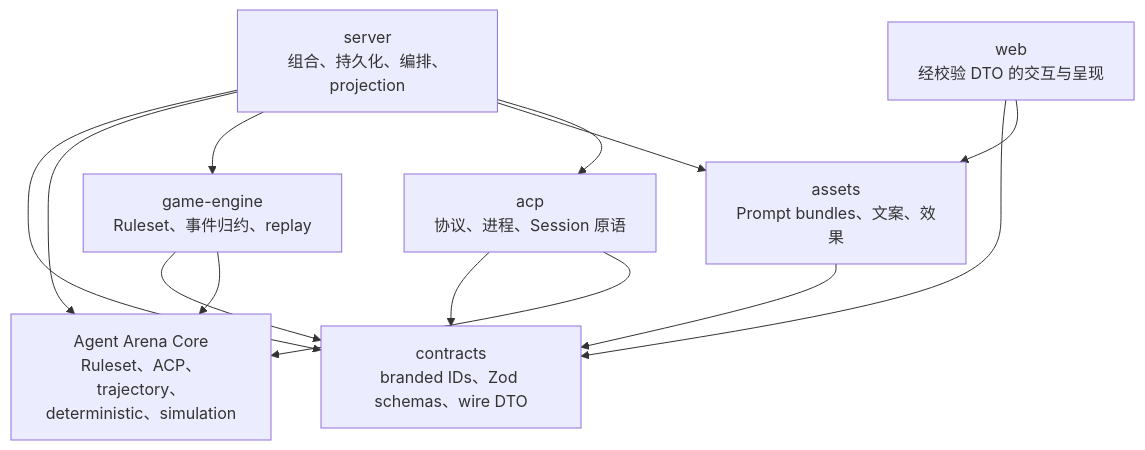
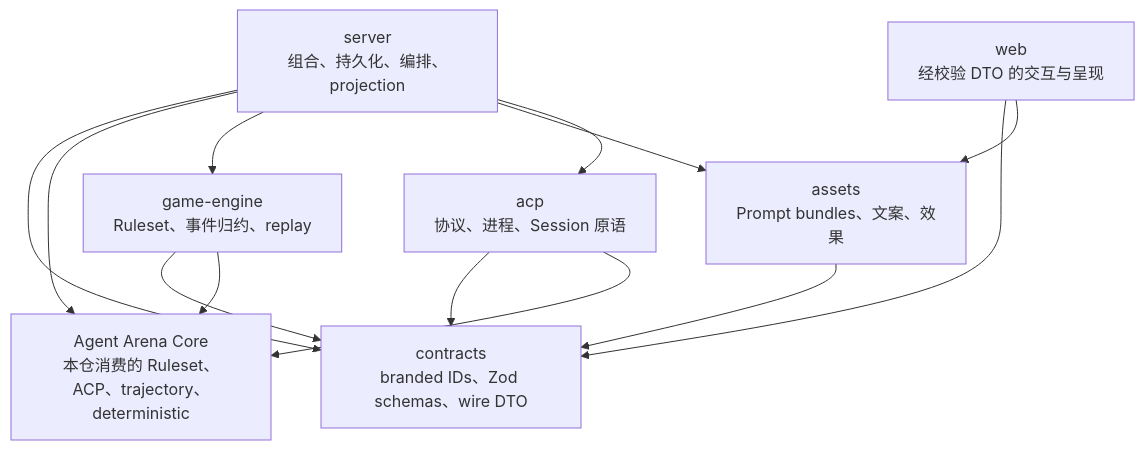
The second of 3 diagrams in docs/architecture.md (renewboy/agentwolf), drawn with Mermaid before and after one commit. The commit also changed other lines of this file and 4 other files, not shown here.

Commit message:
chore: advance agent arena core phase two

````diff
--- a/docs/architecture.md
+++ b/docs/architecture.md
@@ -73,23 +73,23 @@
 ```mermaid
 flowchart TB
-    Core["Agent Arena Core<br/>Ruleset、ACP、trajectory、deterministic、simulation"]
+    Core["Agent Arena Core<br/>本仓消费的 Ruleset、ACP、trajectory、deterministic"]
     Contracts["contracts<br/>branded IDs、Zod schemas、wire DTO"]
     Engine["game-engine<br/>Ruleset、事件归约、replay"]
     Assets["assets<br/>Prompt bundles、文案、效果"]
     ACP["acp<br/>协议、进程、Session 原语"]
     Server["server<br/>组合、持久化、编排、projection"]
     Web["web<br/>经校验 DTO 的交互与呈现"]
 
     Engine --> Contracts
     Engine --> Core
     Assets --> Contracts
     ACP --> Contracts
     ACP --> Core
     Server --> Contracts
     Server --> Core
     Server --> Engine
     Server --> Assets
     Server --> ACP
     Web --> Contracts
     Web --> Assets
 ```
````
